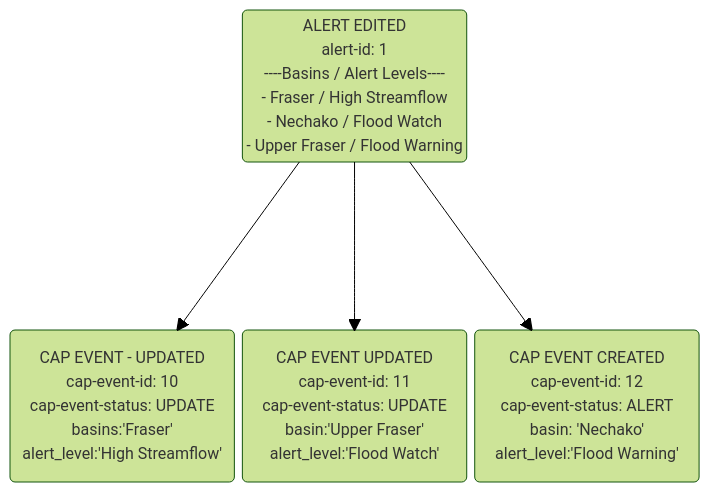
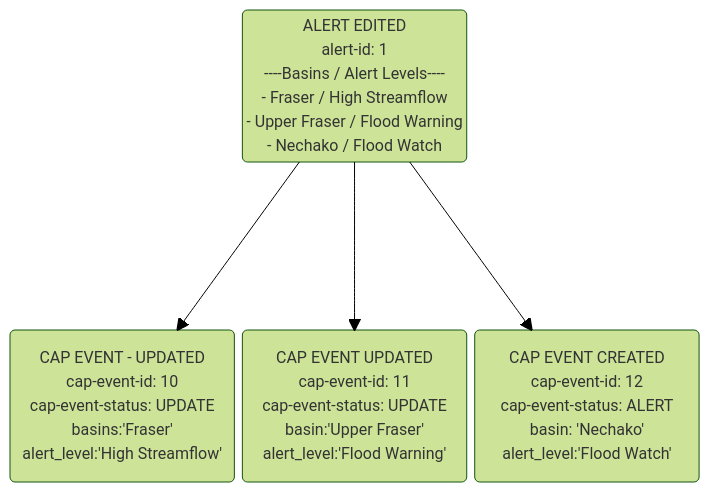
One commit to bcgov/nr-rfc-alertauthoring changed the fifth of 8 diagrams in docs/backend-planning/data_flow.md. Above: the diagram before and after it, drawn with Mermaid (forest theme). The commit also changed 24 other files, not shown here.

````diff
--- a/docs/backend-planning/data_flow.md
+++ b/docs/backend-planning/data_flow.md
@@ -105,16 +105,16 @@
 ```mermaid
 block-beta
   columns 3
   space
-  new_alert("ALERT EDITED\nalert-id: 1\n----Basins / Alert Levels----\n- Fraser / High Streamflow\n- Nechako / Flood Watch\n- Upper Fraser / Flood Warning")
+  new_alert("ALERT EDITED\nalert-id: 1\n----Basins / Alert Levels----\n- Fraser / High Streamflow\n- Upper Fraser / Flood Warning\n- Nechako / Flood Watch\n")
   space
   space:3
   cap_event_1("CAP EVENT - UPDATED\ncap-event-id: 10\ncap-event-status: UPDATE\nbasins:'Fraser'\nalert_level:'High Streamflow'")
-  cap_event_2("CAP EVENT UPDATED\ncap-event-id: 11\ncap-event-status: UPDATE\nbasin:'Upper Fraser'\nalert_level:'Flood Watch'")
-  cap_event_3("CAP EVENT CREATED\ncap-event-id: 12\ncap-event-status: ALERT\nbasin: 'Nechako'\nalert_level:'Flood Warning'")
+  cap_event_2("CAP EVENT UPDATED\ncap-event-id: 11\ncap-event-status: UPDATE\nbasin:'Upper Fraser'\nalert_level:'Flood Warning'")
+  cap_event_3("CAP EVENT CREATED\ncap-event-id: 12\ncap-event-status: ALERT\nbasin: 'Nechako'\nalert_level:'Flood Watch'")
 
   new_alert --> cap_event_1
   new_alert --> cap_event_2
   new_alert --> cap_event_3
 
 ```
````
